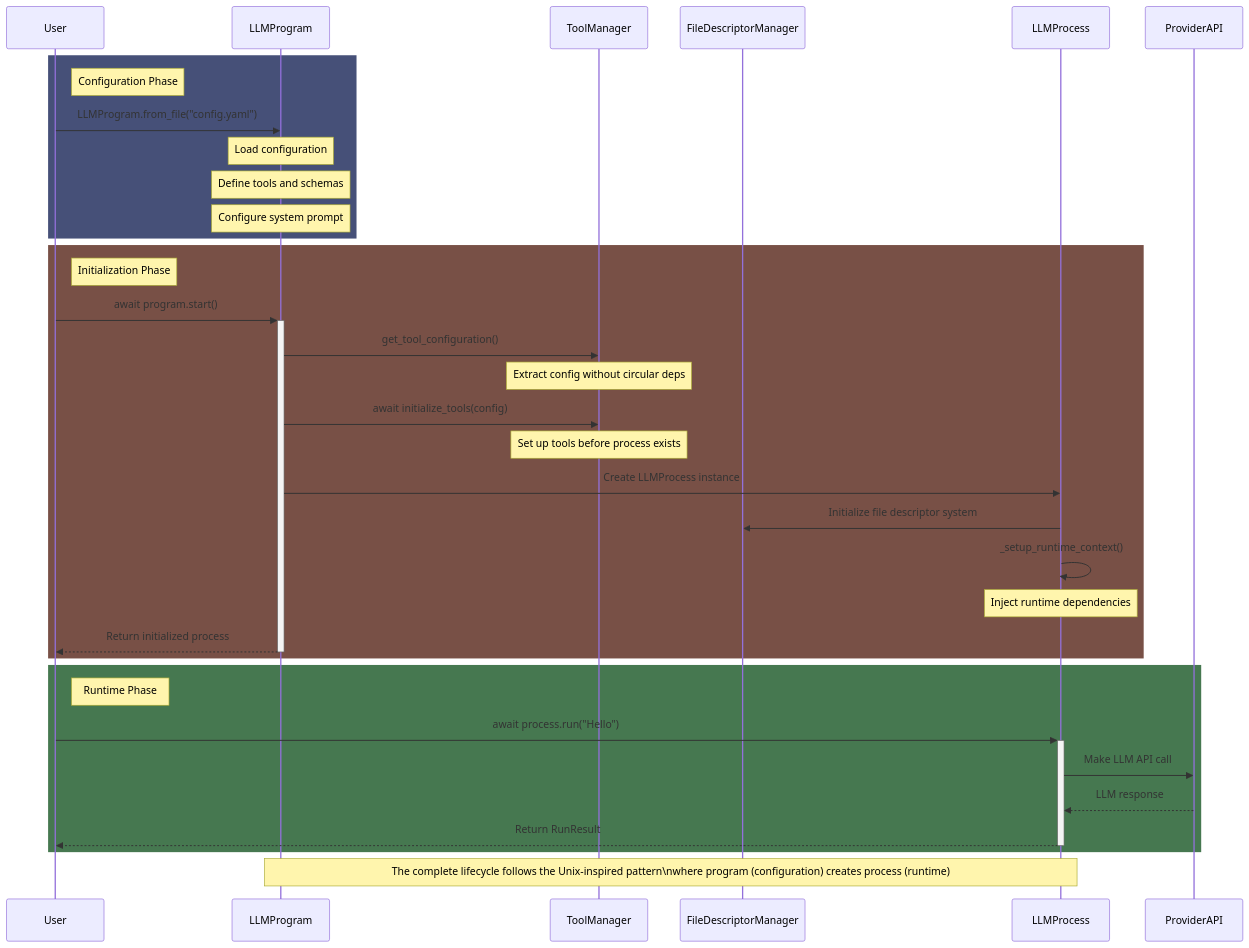
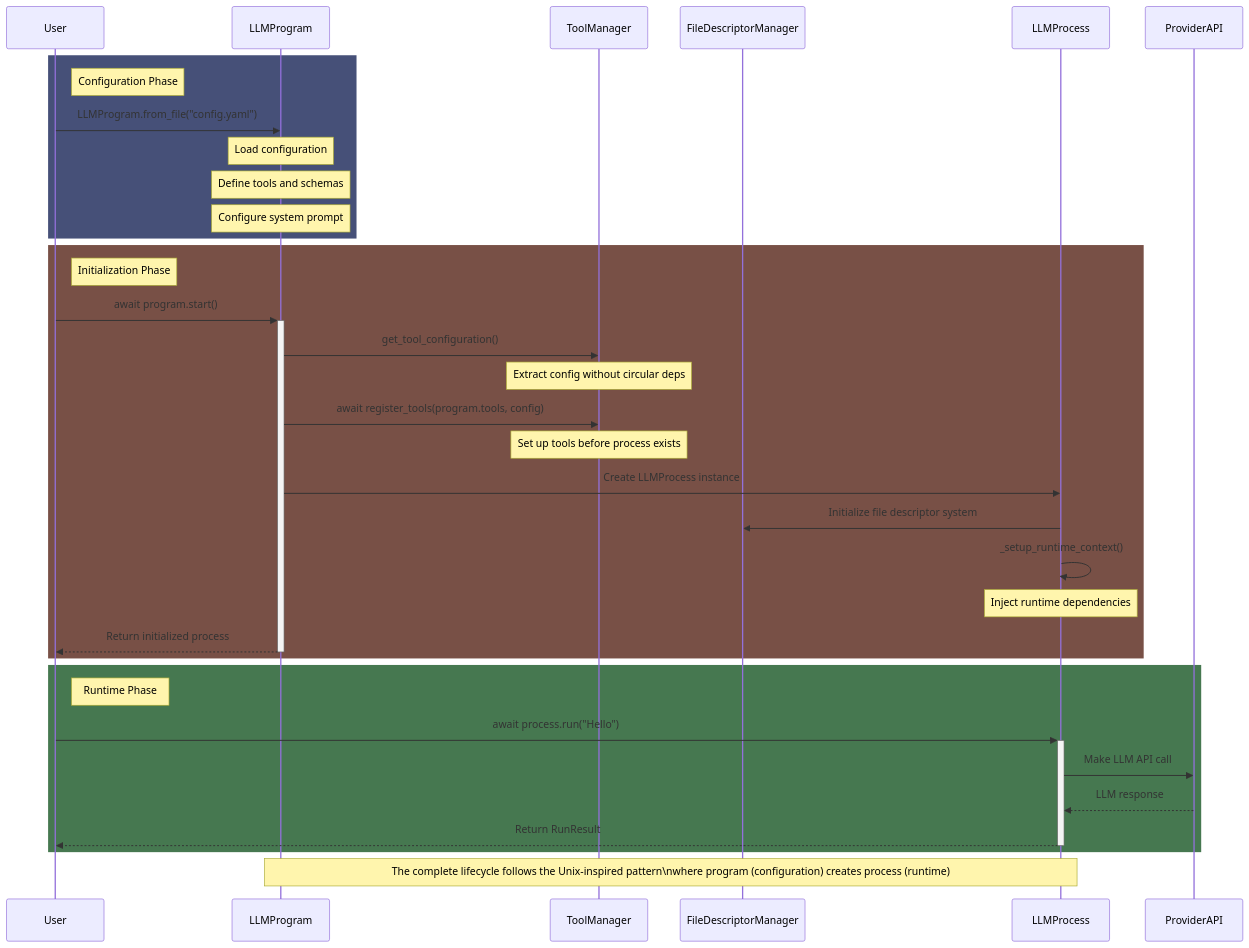
Before and after one commit to changjonathanc/llmproc: the first of 3 diagrams in docs/api/classes.md, drawn with Mermaid. The commit also changed other lines of this file and 372 other files, not shown here.

````diff
--- a/docs/api/classes.md
+++ b/docs/api/classes.md
@@ -9,49 +9,49 @@
 ```mermaid
 sequenceDiagram
     participant User
     participant Program as LLMProgram
     participant Tool as ToolManager
     participant FD as FileDescriptorManager
     participant Process as LLMProcess
     participant API as ProviderAPI
 
     %% Configuration Phase
     rect rgb(70, 80, 120)
         Note right of User: Configuration Phase
         User->>Program: LLMProgram.from_file("config.yaml")
         Note over Program: Load configuration
         Note over Program: Define tools and schemas
         Note over Program: Configure system prompt
     end
 
     %% Initialization Phase
     rect rgb(120, 80, 70)
         Note right of User: Initialization Phase
         User->>+Program: await program.start()
 
         Program->>Tool: get_tool_configuration()
         Note over Tool: Extract config without circular deps
 
-        Program->>Tool: await initialize_tools(config)
+        Program->>Tool: await register_tools(program.tools, config)
         Note over Tool: Set up tools before process exists
 
         Program->>Process: Create LLMProcess instance
 
         Process->>FD: Initialize file descriptor system
         Process->>Process: _setup_runtime_context()
         Note over Process: Inject runtime dependencies
 
         Program-->>-User: Return initialized process
     end
 
     %% Runtime Phase
     rect rgb(70, 120, 80)
         Note right of User: Runtime Phase
         User->>+Process: await process.run("Hello")
         Process->>API: Make LLM API call
         API-->>Process: LLM response
         Process-->>-User: Return RunResult
     end
 
     Note over Program,Process: The complete lifecycle follows the Unix-inspired pattern\nwhere program (configuration) creates process (runtime)
 ```
````
